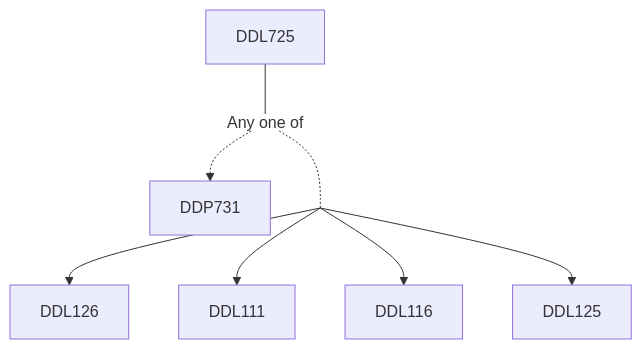
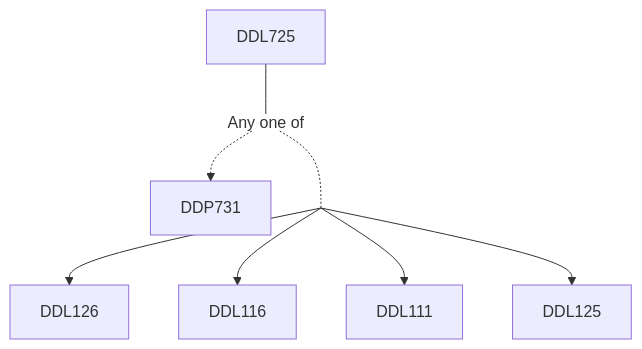
One commit to KeshavBansal0122/CoS_Website changed the diagram in content/Design/DDL725.md. Above: the diagram before and after it, drawn with Mermaid. The commit also changed other lines of this file and 2667 other files, not shown here.

````diff
--- a/content/Design/DDL725.md
+++ b/content/Design/DDL725.md
@@ -17,14 +15,14 @@
 ```mermaid
 flowchart TD
-DDL725-29[DDL725]
-DDL725-29 --- Or30[Any one of]:::empty
-Or30 -.-> DDP731-31[DDP731]
-Or30 -.- and32[ ]:::trueEmpty
-and32 --> DDL126-32[DDL126]
-and32 --> DDL111-32[DDL111]
-and32 --> DDL116-32[DDL116]
-and32 --> DDL125-32[DDL125]
+DDL725-1392[DDL725]
+DDL725-1392 --- Or1393[Any one of]:::empty
+Or1393 -.-> DDP731-1394[DDP731]
+Or1393 -.- and1395[ ]:::trueEmpty
+and1395 --> DDL126-1395[DDL126]
+and1395 --> DDL116-1395[DDL116]
+and1395 --> DDL111-1395[DDL111]
+and1395 --> DDL125-1395[DDL125]
 
 classDef empty height:17px, fill:transparent, stroke:transparent;
 classDef trueEmpty height:0px, width:0px;
 ```
````
